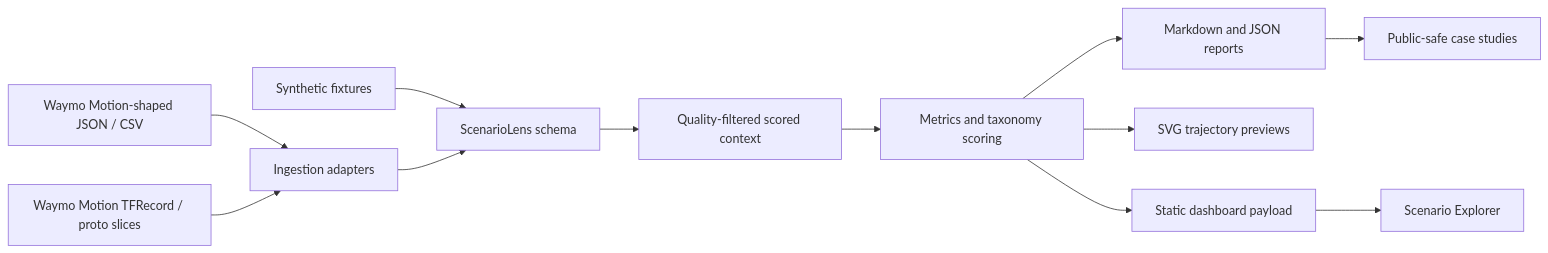
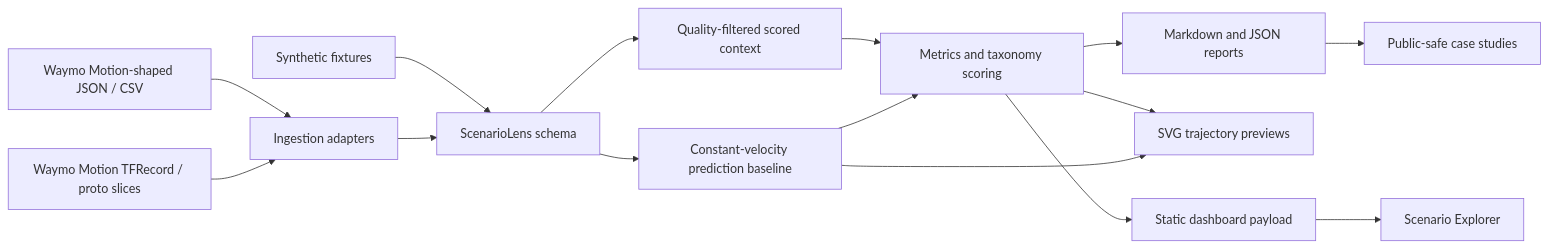
One commit to ethanvillalovoz/scenariolens changed the diagram in docs/architecture.md. Above: the diagram before and after it, drawn with Mermaid. The commit also changed other lines of this file and 50 other files, not shown here.

````diff
--- a/docs/architecture.md
+++ b/docs/architecture.md
@@ -5,14 +5,17 @@
 ```mermaid
 flowchart LR
     A["Synthetic fixtures"] --> D["ScenarioLens schema"]
     B["Waymo Motion-shaped JSON / CSV"] --> C["Ingestion adapters"]
     M["Waymo Motion TFRecord / proto slices"] --> C
     C --> D
     D --> E["Quality-filtered scored context"]
+    D --> P["Constant-velocity prediction baseline"]
     E --> F["Metrics and taxonomy scoring"]
+    P --> F
     F --> G["Markdown and JSON reports"]
     F --> H["SVG trajectory previews"]
+    P --> H
     F --> I["Static dashboard payload"]
     I --> J["Scenario Explorer"]
     G --> K["Public-safe case studies"]
 ```
````
